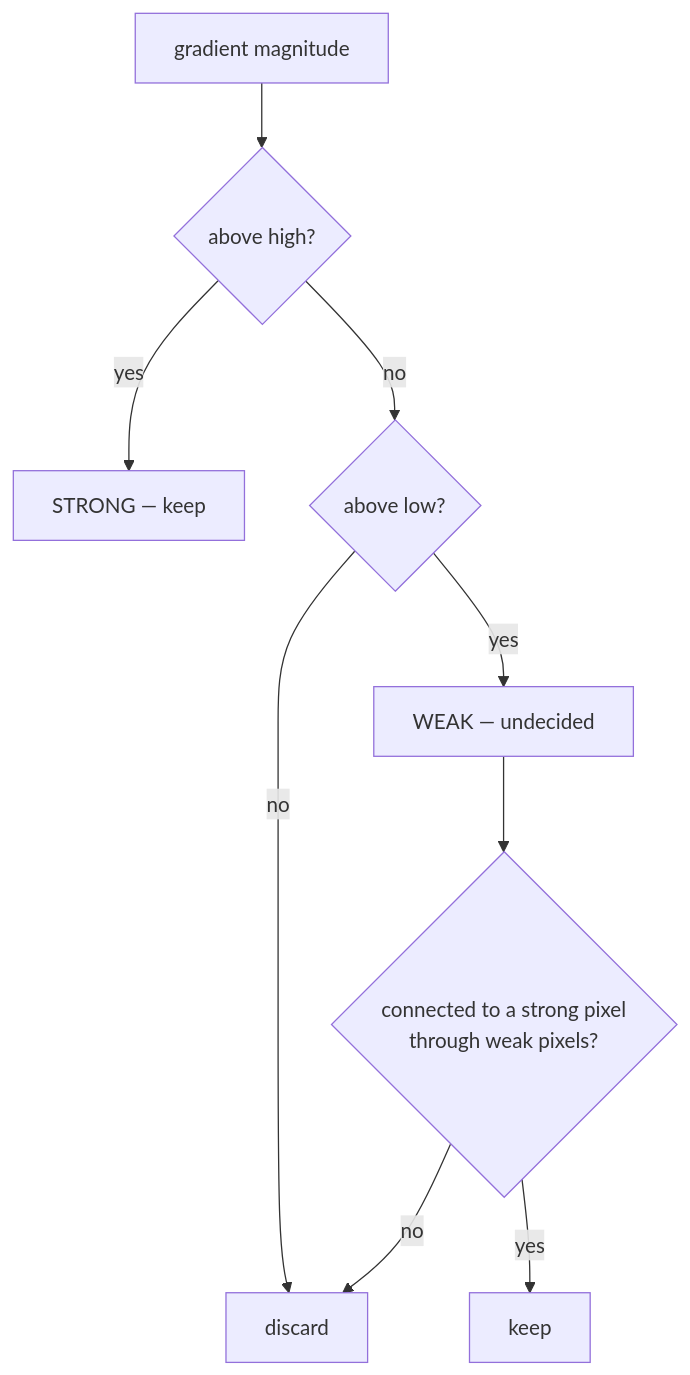
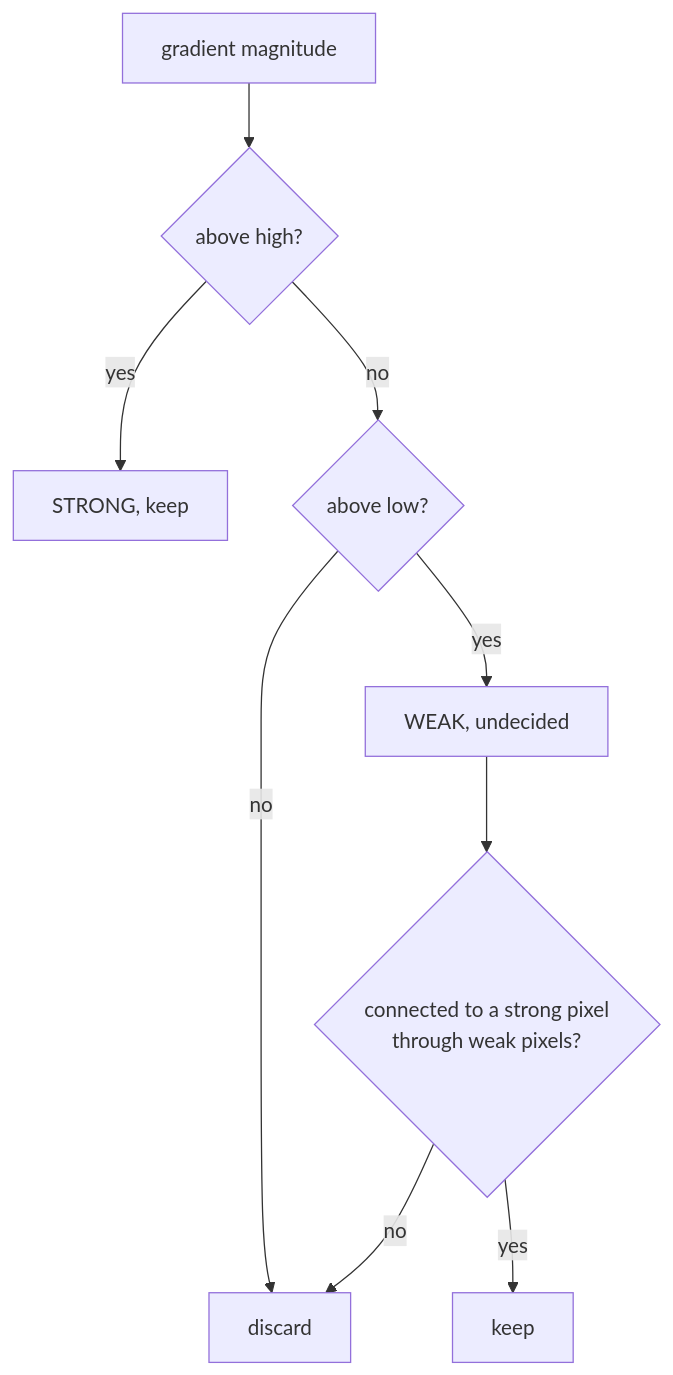
Before and after one commit to jennarbates/StratigraphyGenerator: the diagram in docs/cs/hysteresis-thresholding.md, drawn with Mermaid. The commit also changed other lines of this file and 309 other files, not shown here.

````diff
--- a/docs/cs/hysteresis-thresholding.md
+++ b/docs/cs/hysteresis-thresholding.md
@@ -43,11 +43,11 @@
 ```mermaid
 flowchart TB
   M["gradient magnitude"] --> H{"above high?"}
-  H -->|yes| S["STRONG — keep"]
+  H -->|yes| S["STRONG, keep"]
   H -->|no| L{"above low?"}
   L -->|no| X["discard"]
-  L -->|yes| W["WEAK — undecided"]
+  L -->|yes| W["WEAK, undecided"]
   W --> C{"connected to a strong pixel<br/>through weak pixels?"}
   C -->|yes| K["keep"]
   C -->|no| X
 ```
````
